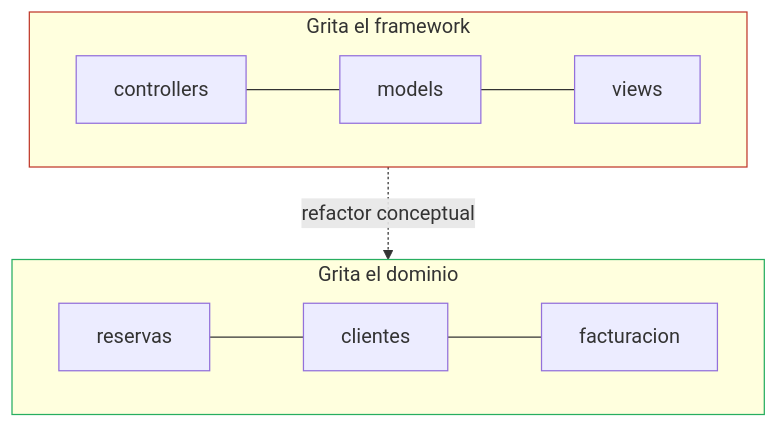
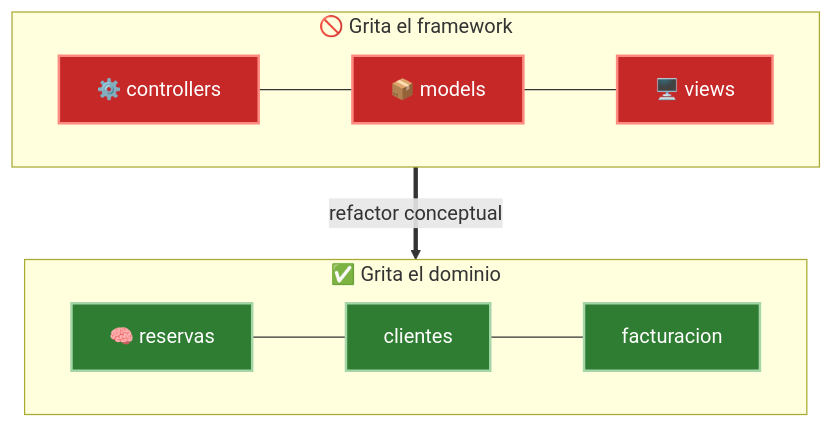
One commit to JavierMachucaA/clean-architecture-guia changed the first of 2 diagrams in 12-organizacion-del-codigo/01-screaming-architecture.md. Above: the diagram before and after it, drawn with Mermaid. The commit also changed other lines of this file and 45 other files, not shown here.

````diff
--- a/12-organizacion-del-codigo/01-screaming-architecture.md
+++ b/12-organizacion-del-codigo/01-screaming-architecture.md
@@ -44,12 +44,16 @@
 ```mermaid
 flowchart TD
-    subgraph MAL["Grita el framework"]
-        A1[controllers] --- A2[models] --- A3[views]
+    subgraph MAL["🚫 Grita el framework"]
+        A1["⚙️ controllers"] --- A2["📦 models"] --- A3["🖥️ views"]
     end
-    subgraph BIEN["Grita el dominio"]
-        B1[reservas] --- B2[clientes] --- B3[facturacion]
+    subgraph BIEN["✅ Grita el dominio"]
+        B1["🧠 reservas"] --- B2[clientes] --- B3[facturacion]
     end
-    MAL -.->|refactor conceptual| BIEN
-    style MAL stroke:#c0392b
-    style BIEN stroke:#27ae60
+    MAL ==>|refactor conceptual| BIEN
+    style A1 fill:#c62828,stroke:#ff8a80,color:#fff,stroke-width:2px
+    style A2 fill:#c62828,stroke:#ff8a80,color:#fff,stroke-width:2px
+    style A3 fill:#c62828,stroke:#ff8a80,color:#fff,stroke-width:2px
+    style B1 fill:#2e7d32,stroke:#a5d6a7,color:#fff,stroke-width:2px
+    style B2 fill:#2e7d32,stroke:#a5d6a7,color:#fff,stroke-width:2px
+    style B3 fill:#2e7d32,stroke:#a5d6a7,color:#fff,stroke-width:2px
 ```
````
